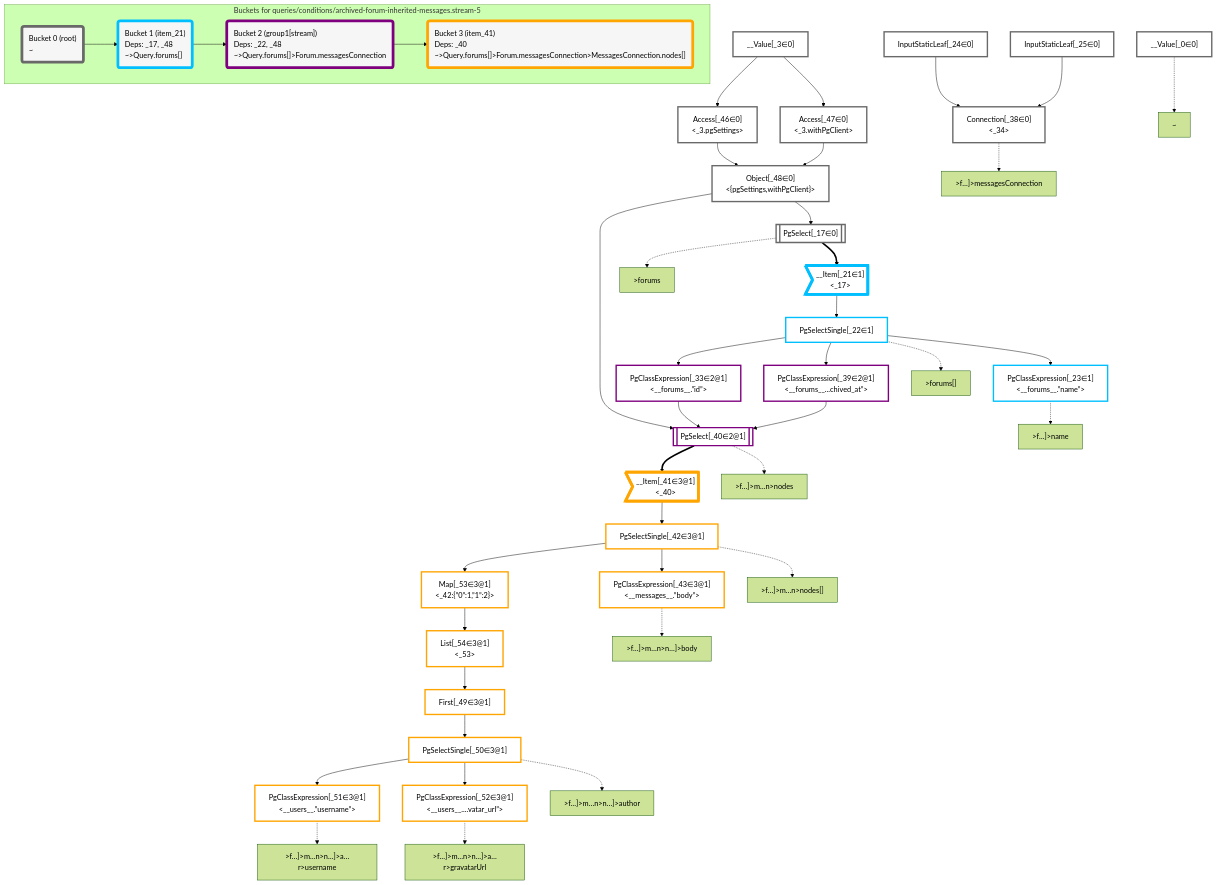
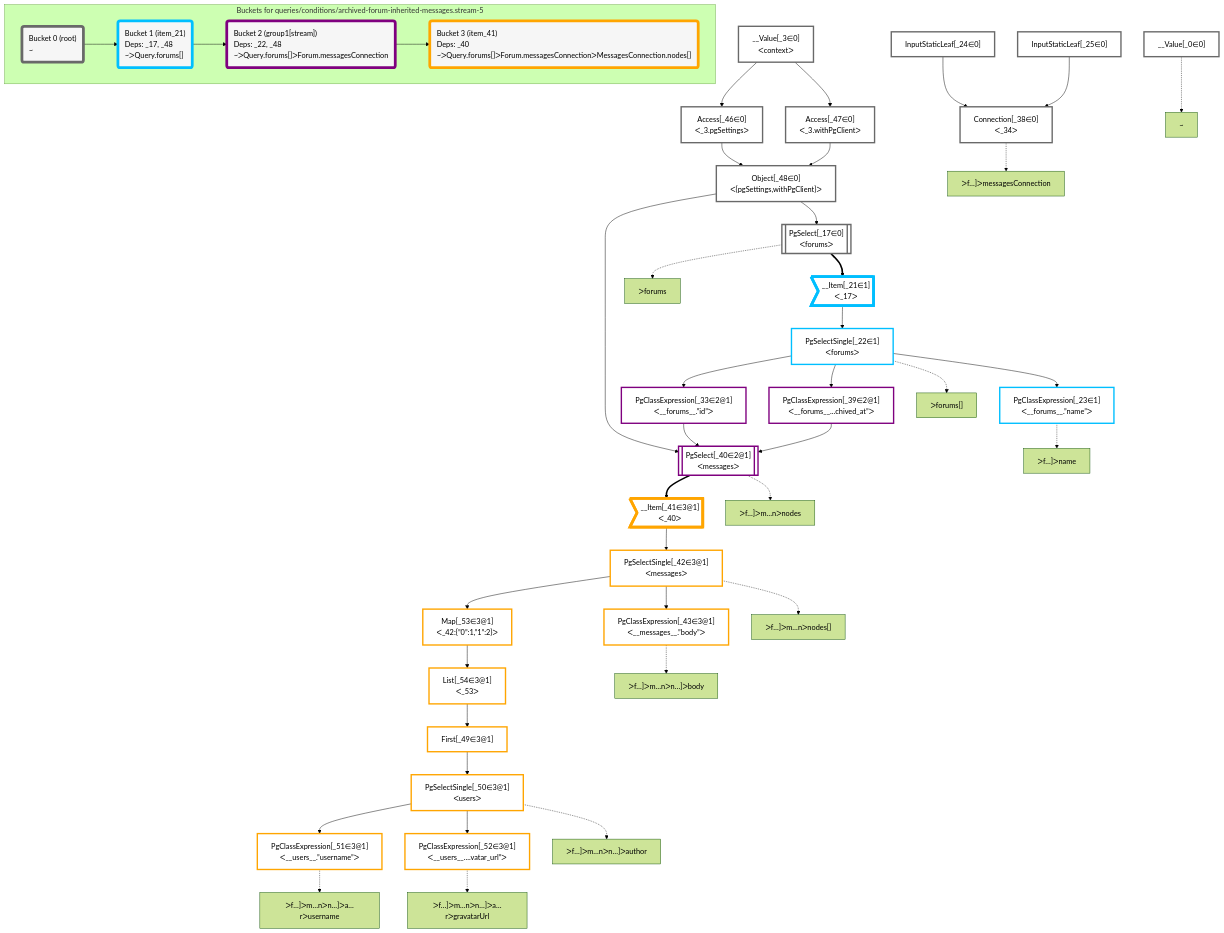
The diagram in packages/dataplan-pg/__tests__/queries/conditions/archived-forum-inherited-messages.stream-5.mermaid.md (graphile/crystal), drawn with Mermaid (forest theme) before and after one commit. The commit also changed 195 other files, not shown here.

```diff
--- a/packages/dataplan-pg/__tests__/queries/conditions/archived-forum-inherited-messages.stream-5.mermaid.md
+++ b/packages/dataplan-pg/__tests__/queries/conditions/archived-forum-inherited-messages.stream-5.mermaid.md
@@ -9,29 +9,29 @@
 
     %% define plans
     __Value_0["__Value[_0∈0]"]:::plan
-    __Value_3["__Value[_3∈0]<br /><context>"]:::plan
-    PgSelect_17[["PgSelect[_17∈0]<br /><forums>"]]:::plan
-    __Item_21>"__Item[_21∈1]<br /><_17>"]:::itemplan
-    PgSelectSingle_22["PgSelectSingle[_22∈1]<br /><forums>"]:::plan
-    PgClassExpression_23["PgClassExpression[_23∈1]<br /><__forums__.”name”>"]:::plan
+    __Value_3["__Value[_3∈0]<br />ᐸcontextᐳ"]:::plan
+    PgSelect_17[["PgSelect[_17∈0]<br />ᐸforumsᐳ"]]:::plan
+    __Item_21>"__Item[_21∈1]<br />ᐸ_17ᐳ"]:::itemplan
+    PgSelectSingle_22["PgSelectSingle[_22∈1]<br />ᐸforumsᐳ"]:::plan
+    PgClassExpression_23["PgClassExpression[_23∈1]<br />ᐸ__forums__.”name”ᐳ"]:::plan
     InputStaticLeaf_24["InputStaticLeaf[_24∈0]"]:::plan
     InputStaticLeaf_25["InputStaticLeaf[_25∈0]"]:::plan
-    PgClassExpression_33["PgClassExpression[_33∈2@1]<br /><__forums__.”id”>"]:::plan
-    Connection_38["Connection[_38∈0]<br /><_34>"]:::plan
-    PgClassExpression_39["PgClassExpression[_39∈2@1]<br /><__forums__...chived_at”>"]:::plan
-    PgSelect_40[["PgSelect[_40∈2@1]<br /><messages>"]]:::plan
-    __Item_41>"__Item[_41∈3@1]<br /><_40>"]:::itemplan
-    PgSelectSingle_42["PgSelectSingle[_42∈3@1]<br /><messages>"]:::plan
-    PgClassExpression_43["PgClassExpression[_43∈3@1]<br /><__messages__.”body”>"]:::plan
-    Access_46["Access[_46∈0]<br /><_3.pgSettings>"]:::plan
-    Access_47["Access[_47∈0]<br /><_3.withPgClient>"]:::plan
-    Object_48["Object[_48∈0]<br /><{pgSettings,withPgClient}>"]:::plan
+    PgClassExpression_33["PgClassExpression[_33∈2@1]<br />ᐸ__forums__.”id”ᐳ"]:::plan
+    Connection_38["Connection[_38∈0]<br />ᐸ_34ᐳ"]:::plan
+    PgClassExpression_39["PgClassExpression[_39∈2@1]<br />ᐸ__forums__...chived_at”ᐳ"]:::plan
+    PgSelect_40[["PgSelect[_40∈2@1]<br />ᐸmessagesᐳ"]]:::plan
+    __Item_41>"__Item[_41∈3@1]<br />ᐸ_40ᐳ"]:::itemplan
+    PgSelectSingle_42["PgSelectSingle[_42∈3@1]<br />ᐸmessagesᐳ"]:::plan
+    PgClassExpression_43["PgClassExpression[_43∈3@1]<br />ᐸ__messages__.”body”ᐳ"]:::plan
+    Access_46["Access[_46∈0]<br />ᐸ_3.pgSettingsᐳ"]:::plan
+    Access_47["Access[_47∈0]<br />ᐸ_3.withPgClientᐳ"]:::plan
+    Object_48["Object[_48∈0]<br />ᐸ{pgSettings,withPgClient}ᐳ"]:::plan
     First_49["First[_49∈3@1]"]:::plan
-    PgSelectSingle_50["PgSelectSingle[_50∈3@1]<br /><users>"]:::plan
-    PgClassExpression_51["PgClassExpression[_51∈3@1]<br /><__users__.”username”>"]:::plan
-    PgClassExpression_52["PgClassExpression[_52∈3@1]<br /><__users__....vatar_url”>"]:::plan
-    Map_53["Map[_53∈3@1]<br /><_42:{”0”:1,”1”:2}>"]:::plan
-    List_54["List[_54∈3@1]<br /><_53>"]:::plan
+    PgSelectSingle_50["PgSelectSingle[_50∈3@1]<br />ᐸusersᐳ"]:::plan
+    PgClassExpression_51["PgClassExpression[_51∈3@1]<br />ᐸ__users__.”username”ᐳ"]:::plan
+    PgClassExpression_52["PgClassExpression[_52∈3@1]<br />ᐸ__users__....vatar_url”ᐳ"]:::plan
+    Map_53["Map[_53∈3@1]<br />ᐸ_42:{”0”:1,”1”:2}ᐳ"]:::plan
+    List_54["List[_54∈3@1]<br />ᐸ_53ᐳ"]:::plan
 
     %% plan dependencies
     Object_48 --> PgSelect_17
@@ -62,25 +62,25 @@
     %% plan-to-path relationships
     P_0["~"]
     __Value_0 -.-> P_0
-    P_17[">forums"]
+    P_17["ᐳforums"]
     PgSelect_17 -.-> P_17
-    P_22[">forums[]"]
+    P_22["ᐳforums[]"]
     PgSelectSingle_22 -.-> P_22
-    P_23[">f…]>name"]
+    P_23["ᐳf…]ᐳname"]
     PgClassExpression_23 -.-> P_23
-    P_38[">f…]>messagesConnection"]
+    P_38["ᐳf…]ᐳmessagesConnection"]
     Connection_38 -.-> P_38
-    P_40[">f…]>m…n>nodes"]
+    P_40["ᐳf…]ᐳm…nᐳnodes"]
     PgSelect_40 -.-> P_40
-    P_42[">f…]>m…n>nodes[]"]
+    P_42["ᐳf…]ᐳm…nᐳnodes[]"]
     PgSelectSingle_42 -.-> P_42
-    P_43[">f…]>m…n>n…]>body"]
+    P_43["ᐳf…]ᐳm…nᐳn…]ᐳbody"]
     PgClassExpression_43 -.-> P_43
-    P_50[">f…]>m…n>n…]>author"]
+    P_50["ᐳf…]ᐳm…nᐳn…]ᐳauthor"]
     PgSelectSingle_50 -.-> P_50
-    P_51[">f…]>m…n>n…]>a…r>username"]
+    P_51["ᐳf…]ᐳm…nᐳn…]ᐳa…rᐳusername"]
     PgClassExpression_51 -.-> P_51
-    P_52[">f…]>m…n>n…]>a…r>gravatarUrl"]
+    P_52["ᐳf…]ᐳm…nᐳn…]ᐳa…rᐳgravatarUrl"]
     PgClassExpression_52 -.-> P_52
 
     %% allocate buckets
@@ -96,13 +96,13 @@
     subgraph "Buckets for queries/conditions/archived-forum-inherited-messages.stream-5"
     Bucket0("Bucket 0 (root)<br />~"):::bucket
     style Bucket0 stroke:#696969
-    Bucket1("Bucket 1 (item_21)<br />Deps: _17, _48<br />~>Query.forums[]"):::bucket
+    Bucket1("Bucket 1 (item_21)<br />Deps: _17, _48<br />~ᐳQuery.forums[]"):::bucket
     style Bucket1 stroke:#00bfff
     Bucket0 --> Bucket1
-    Bucket2("Bucket 2 (group1[stream])<br />Deps: _22, _48<br />~>Query.forums[]>Forum.messagesConnection"):::bucket
+    Bucket2("Bucket 2 (group1[stream])<br />Deps: _22, _48<br />~ᐳQuery.forums[]ᐳForum.messagesConnection"):::bucket
     style Bucket2 stroke:#7f007f
     Bucket1 --> Bucket2
-    Bucket3("Bucket 3 (item_41)<br />Deps: _40<br />~>Query.forums[]>Forum.messagesConnection>MessagesConnection.nodes[]"):::bucket
+    Bucket3("Bucket 3 (item_41)<br />Deps: _40<br />~ᐳQuery.forums[]ᐳForum.messagesConnectionᐳMessagesConnection.nodes[]"):::bucket
     style Bucket3 stroke:#ffa500
     Bucket2 --> Bucket3
     end
```
